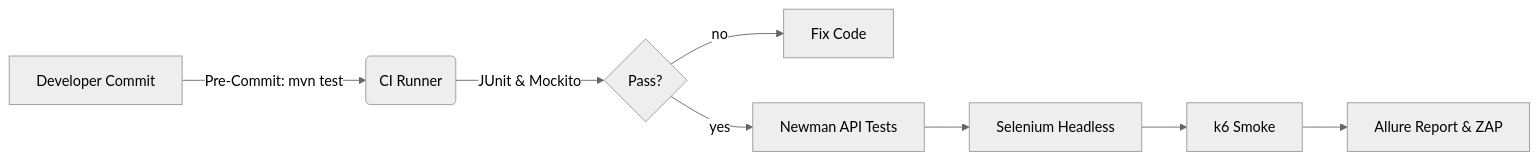
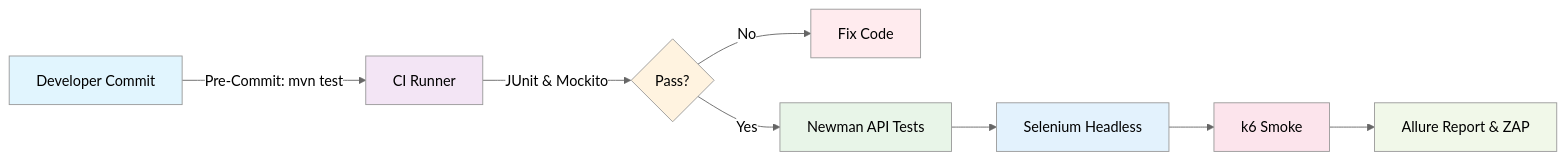
One commit to lyfe691/wiss-forum changed the second of 3 diagrams in m450/2a/Dokumentation.md. Above: the diagram before and after it, drawn with Mermaid (neutral theme). The commit also changed other lines of this file, not shown here.

````diff
--- a/m450/2a/Dokumentation.md
+++ b/m450/2a/Dokumentation.md
@@ -109,10 +143,19 @@
 ```mermaid
 flowchart LR
-    A[Developer Commit] -->|Pre‑Commit: mvn test| B(CI Runner)
+    A[Developer Commit] -->|Pre‑Commit: mvn test| B[CI Runner]
     B -->|JUnit & Mockito| C{Pass?}
-    C -- no --> D[Fix Code]
-    C -- yes --> E[Newman API Tests]
+    C -->|No| D[Fix Code]
+    C -->|Yes| E[Newman API Tests]
     E --> F[Selenium Headless]
     F --> G[k6 Smoke]
     G --> H[Allure Report & ZAP]
+    
+    style A fill:#e1f5fe
+    style B fill:#f3e5f5
+    style C fill:#fff3e0
+    style D fill:#ffebee
+    style E fill:#e8f5e8
+    style F fill:#e3f2fd
+    style G fill:#fce4ec
+    style H fill:#f1f8e9
 ```
````
